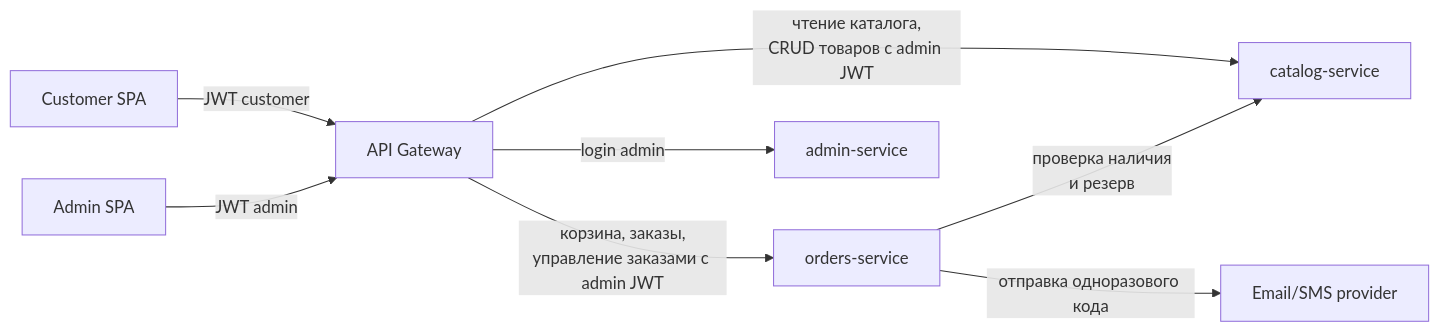
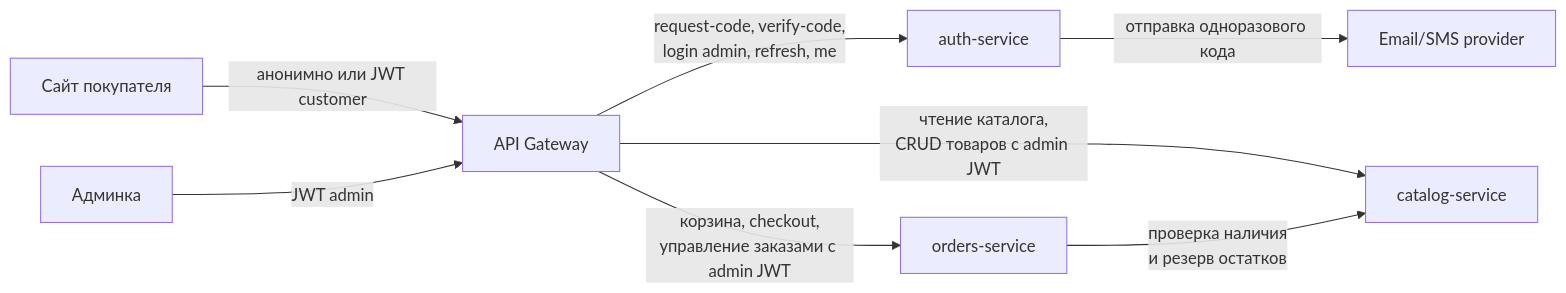
The diagram in docs/08-microservices.md (ksusha14021995-prog/MFTI_Volynkina_web_dev), drawn with Mermaid before and after one commit. The commit also changed other lines of this file and 17 other files, not shown here.

First line of the commit message:
docs: reshape architecture (auth/catalog/orders), simplify order lifecycle, full CJM

````diff
--- a/docs/08-microservices.md
+++ b/docs/08-microservices.md
@@ -97,22 +100,22 @@
 ```mermaid
 flowchart LR
-    CustomerSPA[Customer SPA]
-    AdminSPA[Admin SPA]
+    CustomerSPA[Сайт покупателя]
+    AdminSPA[Админка]
     Gateway[API Gateway]
 
+    Auth[auth-service]
     Catalog[catalog-service]
     Orders[orders-service]
-    AdminSvc[admin-service]
 
     Notify[Email/SMS provider]
 
-    CustomerSPA -->|JWT customer| Gateway
+    CustomerSPA -->|анонимно или JWT customer| Gateway
     AdminSPA -->|JWT admin| Gateway
 
+    Gateway -->|request-code, verify-code,<br/>login admin, refresh, me| Auth
     Gateway -->|чтение каталога,<br/>CRUD товаров с admin JWT| Catalog
-    Gateway -->|корзина, заказы,<br/>управление заказами с admin JWT| Orders
-    Gateway -->|login admin| AdminSvc
+    Gateway -->|корзина, checkout,<br/>управление заказами с admin JWT| Orders
 
-    Orders -->|проверка наличия<br/>и резерв| Catalog
-    Orders -->|отправка одноразового кода| Notify
+    Orders -->|проверка наличия<br/>и резерв остатков| Catalog
+    Auth -->|отправка одноразового кода| Notify
 ```
````
